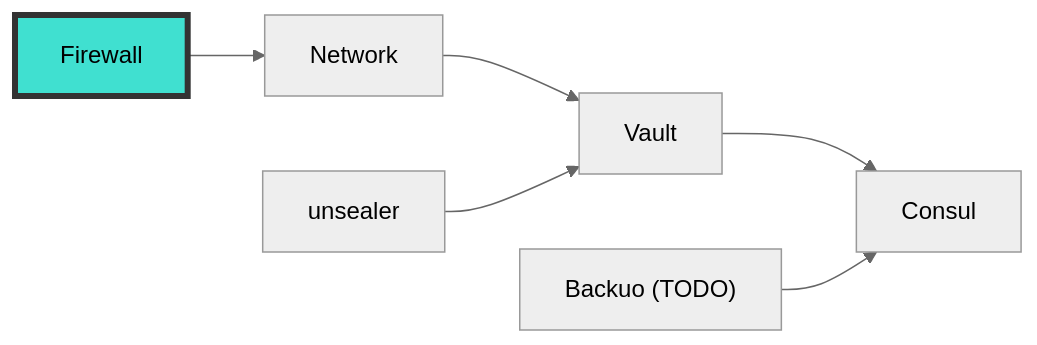
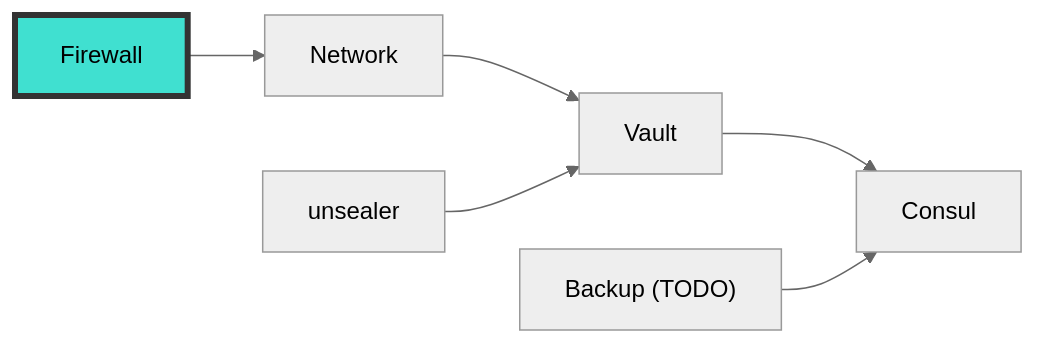
One commit to fdns/fdns.github.io changed the diagram in _posts/2019-08-16-Basic-Hashicorp-Vault-Autounseal.md. Above: the diagram before and after it, drawn with Mermaid (neutral theme).

```diff
--- a/_posts/2019-08-16-Basic-Hashicorp-Vault-Autounseal.md
+++ b/_posts/2019-08-16-Basic-Hashicorp-Vault-Autounseal.md
@@ -23,16 +23,16 @@
 <div class="mermaid">
 graph LR
 A[Network]
 B[Vault]
 C[Consul]
 D[unsealer]
-E["Backuo (TODO)"]
+E["Backup (TODO)"]
 F[Firewall]
 F --> A
 A --> B
 B --> C
 D --> B
 E --> C
 
 style F fill:turquoise,stroke:#333,stroke-width:4px
 </div>
```
